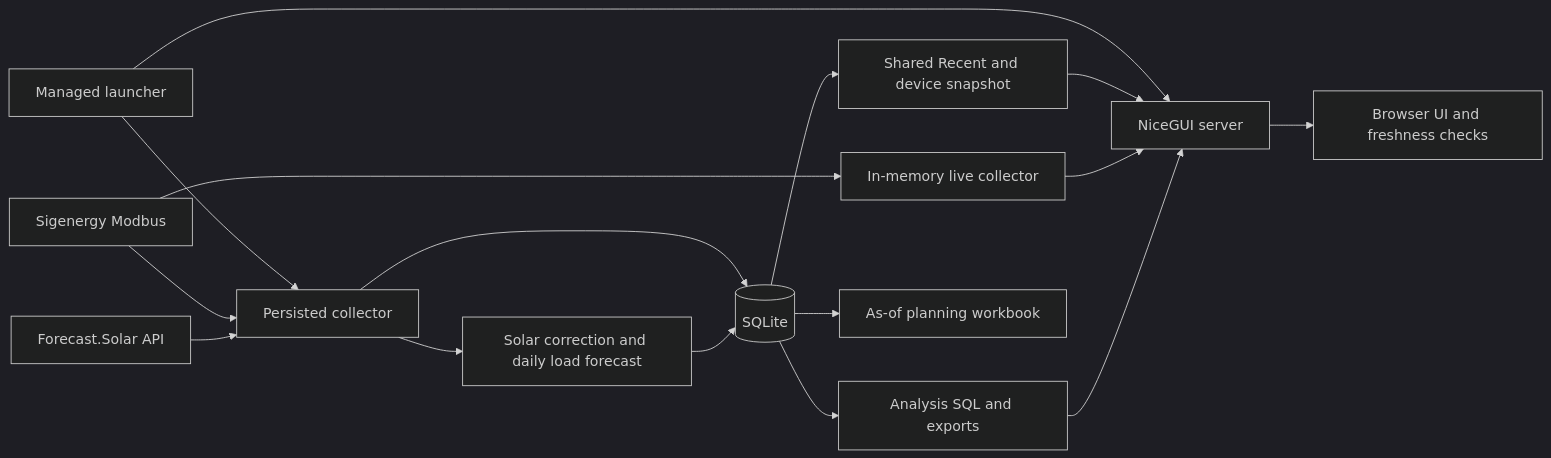
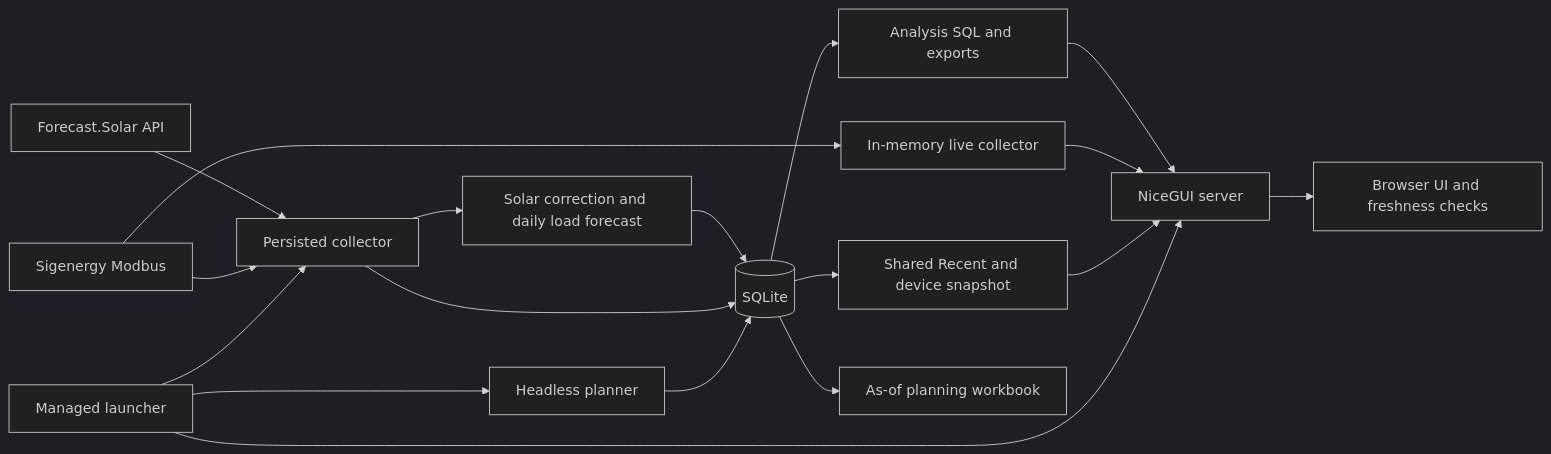
One commit to gleesonger/solar_model changed the diagram in documentation/overview/architecture.md. Above: the diagram before and after it, drawn with Mermaid (dark theme). The commit also changed other lines of this file and 42 other files, not shown here.

````diff
--- a/documentation/overview/architecture.md
+++ b/documentation/overview/architecture.md
@@ -12,18 +12,20 @@
 ```mermaid
 flowchart LR
     Supervisor[Managed launcher] --> Collector[Persisted collector]
+    Supervisor --> Planner[Headless planner]
+    Planner --> DB
     Supervisor --> Dashboard[NiceGUI server]
     Device[Sigenergy Modbus] --> Collector
     Provider[Forecast.Solar API] --> Collector
     Collector --> Model[Solar correction and daily load forecast]
     Collector --> DB[(SQLite)]
     Model --> DB
     DB --> Cache[Shared Recent and device snapshot]
     Cache --> Dashboard
     Device --> Live[In-memory live collector]
     Live --> Dashboard
     DB --> Analysis[Analysis SQL and exports]
     Analysis --> Dashboard
     DB --> Planning[As-of planning workbook]
     Dashboard --> Browser[Browser UI and freshness checks]
 ```
````
